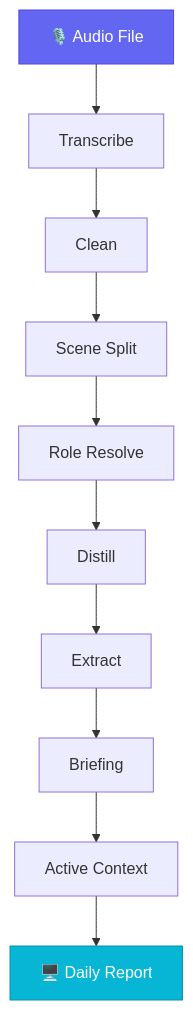
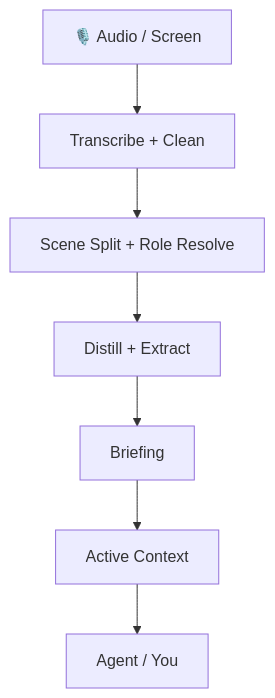
The diagram in README.en.md (openmy-ai/openmy), drawn with Mermaid before and after one commit. The commit also changed other lines of this file and 1 other file, not shown here.

````diff
--- a/README.en.md
+++ b/README.en.md
@@ -66,15 +116,9 @@
 ```mermaid
 graph TD
-    A["🎙️ Audio File"] --> B["Transcribe"]
-    B --> C["Clean"]
-    C --> D["Scene Split"]
-    D --> E["Role Resolve"]
-    E --> F["Distill"]
-    F --> G["Extract"]
-    G --> H["Briefing"]
-    H --> I["Active Context"]
-    I --> J["🖥️ Daily Report"]
-
-    style A fill:#6366f1,stroke:#4f46e5,color:#fff
-    style J fill:#06b6d4,stroke:#0891b2,color:#fff
+    A["🎙️ Audio / Screen"] --> B["Transcribe + Clean"]
+    B --> C["Scene Split + Role Resolve"]
+    C --> D["Distill + Extract"]
+    D --> E["Briefing"]
+    E --> F["Active Context"]
+    F --> G["Agent / You"]
 ```
````
